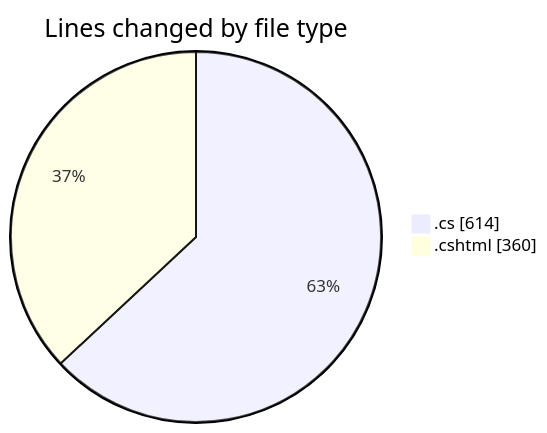
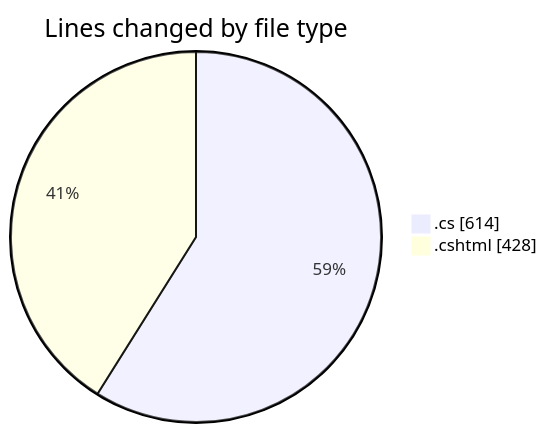
The first of 2 diagrams in 2025-07-22/nhahang/README.md (lephambinh05/code-tracking), drawn with Mermaid before and after one commit. The commit also changed other lines of this file and 1 other file, not shown here.

````diff
--- a/2025-07-22/nhahang/README.md
+++ b/2025-07-22/nhahang/README.md
@@ -39,6 +42,6 @@
 ```mermaid
 pie showData
 title Lines changed by file type
 ".cs" : 614
-".cshtml" : 360
+".cshtml" : 428
 ```
````
